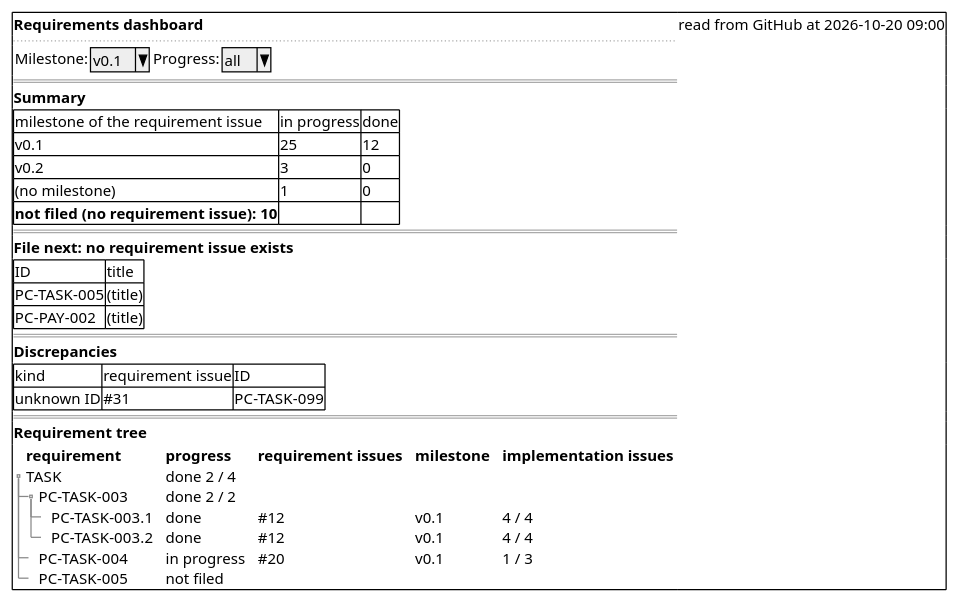
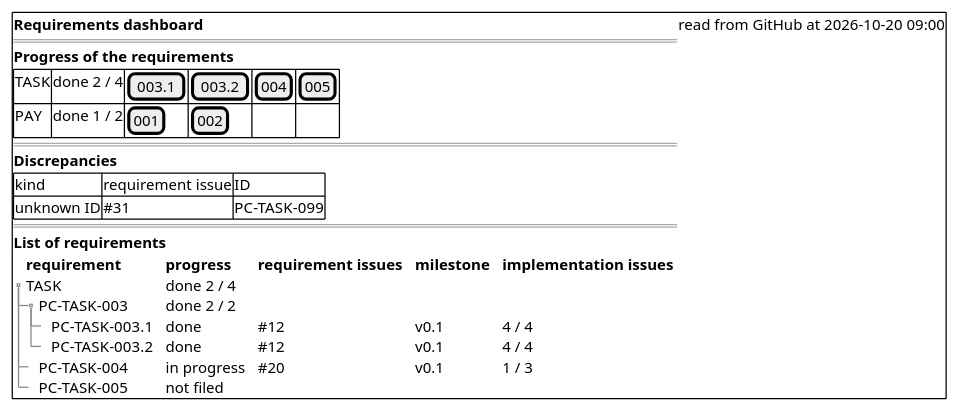
One commit to cloveclovedev/cumin-trace changed the diagram in docs/ja/requirements/dashboard/dashboard-wireframe.puml. Above: the diagram before and after it, drawn with PlantUML. The commit also changed 6 other files, not shown here.

First line of the commit message:
docs(requirements): deprecate the summary, the file-next list, and the filter of the dashboard (#163)

```diff
--- a/docs/ja/requirements/dashboard/dashboard-wireframe.puml
+++ b/docs/ja/requirements/dashboard/dashboard-wireframe.puml
@@ -1,41 +1,29 @@
 @startuml dashboard-wireframe
 salt
 {+
   <b>Requirements dashboard | read from GitHub at 2026-10-20 09:00
-  ..
-  { Milestone: | ^v0.1^ | Progress: | ^all^ }
   ==
-  <b>Summary
+  <b>Progress of the requirements
   {#
-    milestone of the requirement issue | in progress | done
-    v0.1 | 25 | 12
-    v0.2 | 3 | 0
-    (no milestone) | 1 | 0
-    <b>not filed (no requirement issue): 10 | . | .
-  }
-  ==
-  <b>File next: no requirement issue exists
-  {#
-    ID | title
-    PC-TASK-005 | (title)
-    PC-PAY-002 | (title)
+    TASK | done 2 / 4 | [003.1] | [003.2] | [004] | [005]
+    PAY | done 1 / 2 | [001] | [002] | . | .
   }
   ==
   <b>Discrepancies
   {#
     kind | requirement issue | ID
     unknown ID | ~#31 | PC-TASK-099
   }
   ==
-  <b>Requirement tree
+  <b>List of requirements
   {T
     + <b>requirement | <b>progress | <b>requirement issues | <b>milestone | <b>implementation issues
     + TASK | done 2 / 4 | . | . | .
     ++ PC-TASK-003 | done 2 / 2 | . | . | .
     +++ PC-TASK-003.1 | done | ~#12 | v0.1 | 4 / 4
     +++ PC-TASK-003.2 | done | ~#12 | v0.1 | 4 / 4
     ++ PC-TASK-004 | in progress | ~#20 | v0.1 | 1 / 3
     ++ PC-TASK-005 | not filed | . | . | .
   }
 }
 @enduml
```
